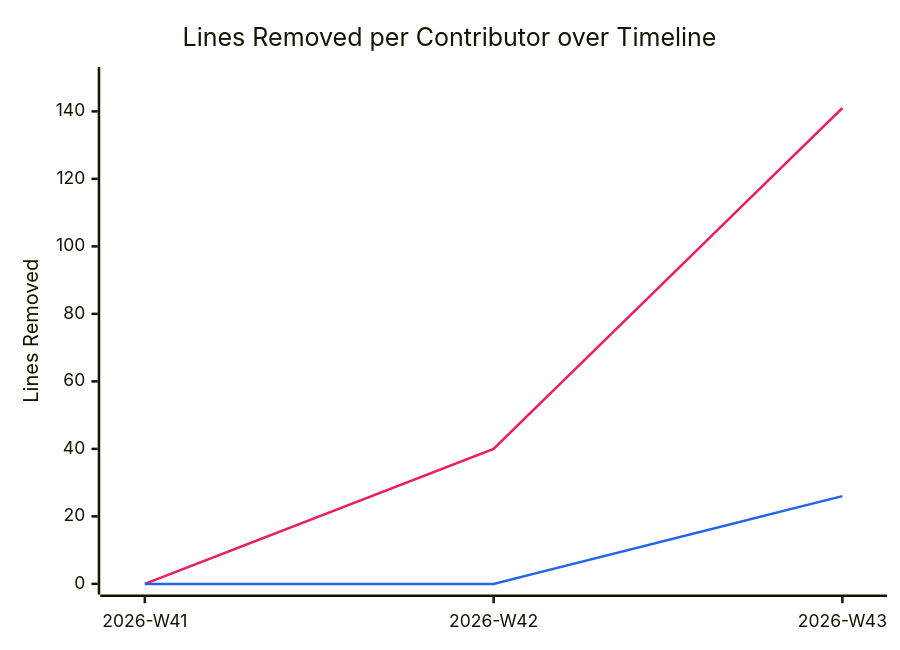
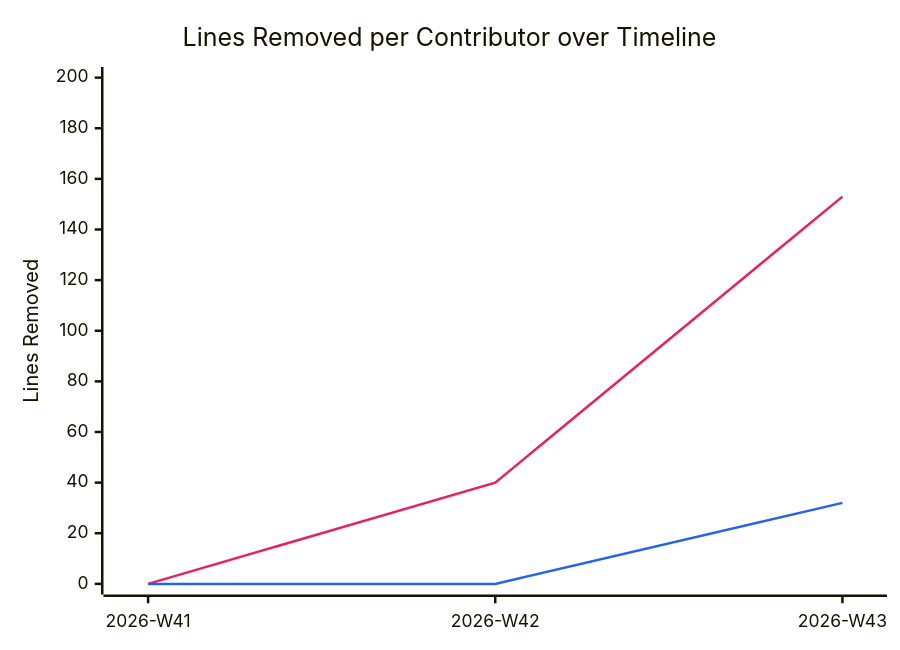
One commit to BeyondMagic/swe-template changed the diagram in documentation/snippets/management/code-deletions.mmd. Above: the diagram before and after it, drawn with Mermaid. The commit also changed 2 other files, not shown here.

```diff
--- a/documentation/snippets/management/code-deletions.mmd
+++ b/documentation/snippets/management/code-deletions.mmd
@@ -1,7 +1,7 @@
 %%{init: {"themeVariables": {"xyChart": {"plotColorPalette": "#e91e63, #2563eb"}}}}%%
 xychart-beta
     title "Lines Removed per Contributor over Timeline"
     x-axis ["2026-W41", "2026-W42", "2026-W43"]
-    y-axis "Lines Removed" 0 --> 150
-    line [0, 40, 141]
-    line [0, 0, 26]
+    y-axis "Lines Removed" 0 --> 200
+    line [0, 40, 153]
+    line [0, 0, 32]
```
